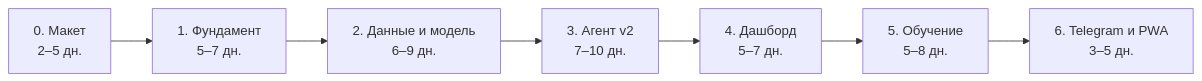
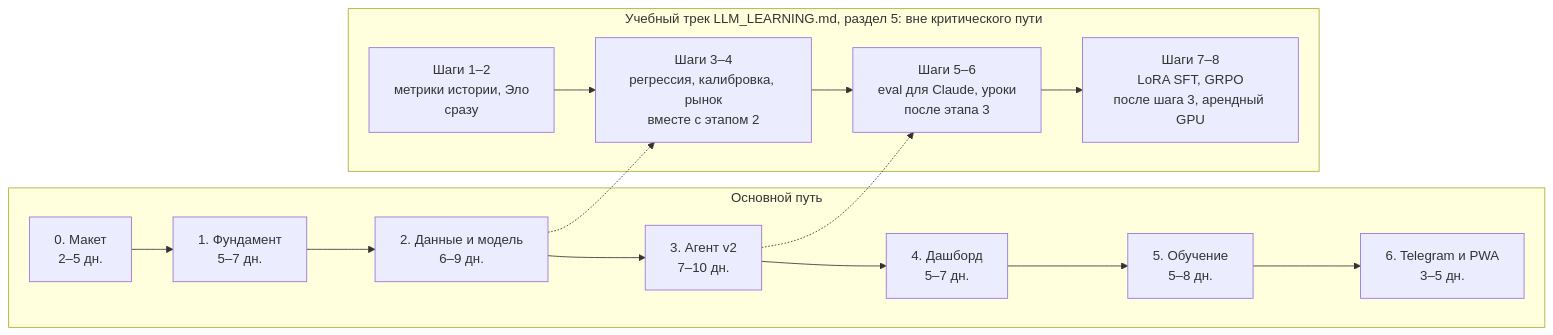
The third of 3 diagrams in docs/PLAN.md (rvburov/ai_agent_capper), drawn with Mermaid before and after one commit. The commit also changed other lines of this file, not shown here.

````diff
--- a/docs/PLAN.md
+++ b/docs/PLAN.md
@@ -532,4 +550,11 @@
 ```mermaid
 flowchart LR
-  E0["0. Макет<br/>2–5 дн."] --> E1["1. Фундамент<br/>5–7 дн."] --> E2["2. Данные и модель<br/>6–9 дн."] --> E3["3. Агент v2<br/>7–10 дн."] --> E4["4. Дашборд<br/>5–7 дн."] --> E5["5. Обучение<br/>5–8 дн."] --> E6["6. Telegram и PWA<br/>3–5 дн."]
+  subgraph main["Основной путь"]
+    E0["0. Макет<br/>2–5 дн."] --> E1["1. Фундамент<br/>5–7 дн."] --> E2["2. Данные и модель<br/>6–9 дн."] --> E3["3. Агент v2<br/>7–10 дн."] --> E4["4. Дашборд<br/>5–7 дн."] --> E5["5. Обучение<br/>5–8 дн."] --> E6["6. Telegram и PWA<br/>3–5 дн."]
+  end
+  subgraph lab["Учебный трек LLM_LEARNING.md, раздел 5: вне критического пути"]
+    L1["Шаги 1–2<br/>метрики истории, Эло<br/>сразу"] --> L2["Шаги 3–4<br/>регрессия, калибровка, рынок<br/>вместе с этапом 2"] --> L3["Шаги 5–6<br/>eval для Claude, уроки<br/>после этапа 3"] --> L4["Шаги 7–8<br/>LoRA SFT, GRPO<br/>после шага 3, арендный GPU"]
+  end
+  E2 -.-> L2
+  E3 -.-> L3
 ```
````
